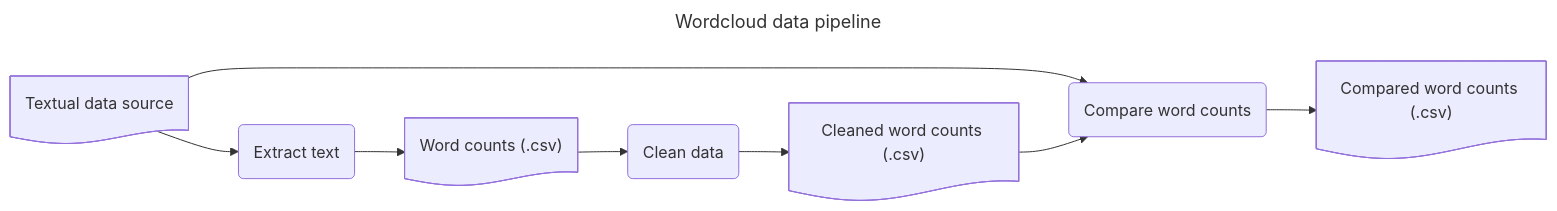
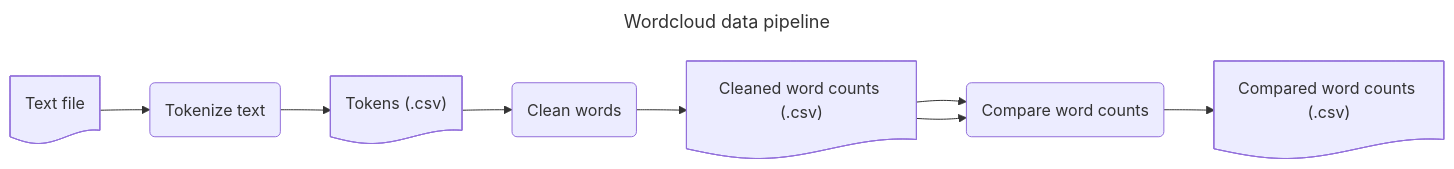
The diagram in data-analysis/wordclouds.md (VCityTeam/PEPR-VDBI), drawn with Mermaid before and after one commit. The commit also changed other lines of this file and 4 other files, not shown here.

````diff
--- a/data-analysis/wordclouds.md
+++ b/data-analysis/wordclouds.md
@@ -6,15 +5,15 @@
 ```mermaid
 ---
 title: Wordcloud data pipeline
 ---
 flowchart LR
-    1@{ shape: doc, label: "Textual data source"}
-        --> 2(Extract text)
-        --> 3@{ shape: doc, label: "Word counts (.csv)"}
-        --> 4(Clean data)
-        --> 5@{ shape: doc, label: "Cleaned word counts (.csv)"}
-    1 --> 6(Compare word counts)
-    5 --> 6(Compare word counts)
-        --> 7@{ shape: doc, label: "Compared word counts (.csv)"}
-
+1@{ shape: doc, label: "Text file"}
+  --> 2(Tokenize text)
+  --> 3@{ shape: doc, label: "Tokens (.csv)"}
+  --> 4("Clean words")
+  --> 5@{ shape: doc, label: "Cleaned word counts (.csv)"}
+6(Compare word counts)
+  --> 7@{ shape: doc, label: "Compared word counts (.csv)"}
+5 --> 6
+5 --> 6
 ```
````
